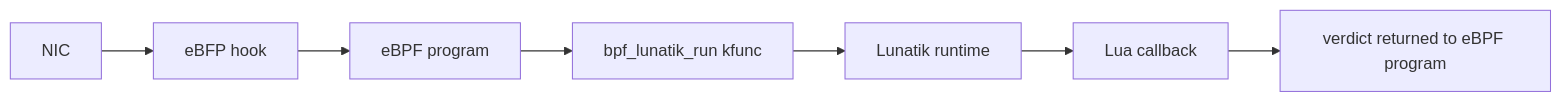
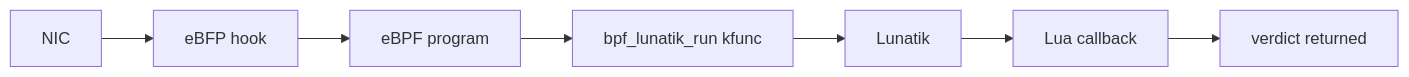
The diagram in lunatik-eBPF-tech-doc.md (sneaky-potato/gsoc), drawn with Mermaid before and after one commit. The commit also changed other lines of this file and 1 other file, not shown here.

````diff
--- a/lunatik-eBPF-tech-doc.md
+++ b/lunatik-eBPF-tech-doc.md
@@ -49,9 +49,9 @@
 ```mermaid
 flowchart LR
     A[NIC] --> B[eBFP hook]
     B --> C[eBPF program]
     C --> D[bpf_lunatik_run kfunc]
-    D --> F[Lunatik runtime]
+    D --> F[Lunatik]
     F --> G[Lua callback]
-    G --> H[verdict returned to eBPF program]
+    G --> H[verdict returned]
 ```
````
